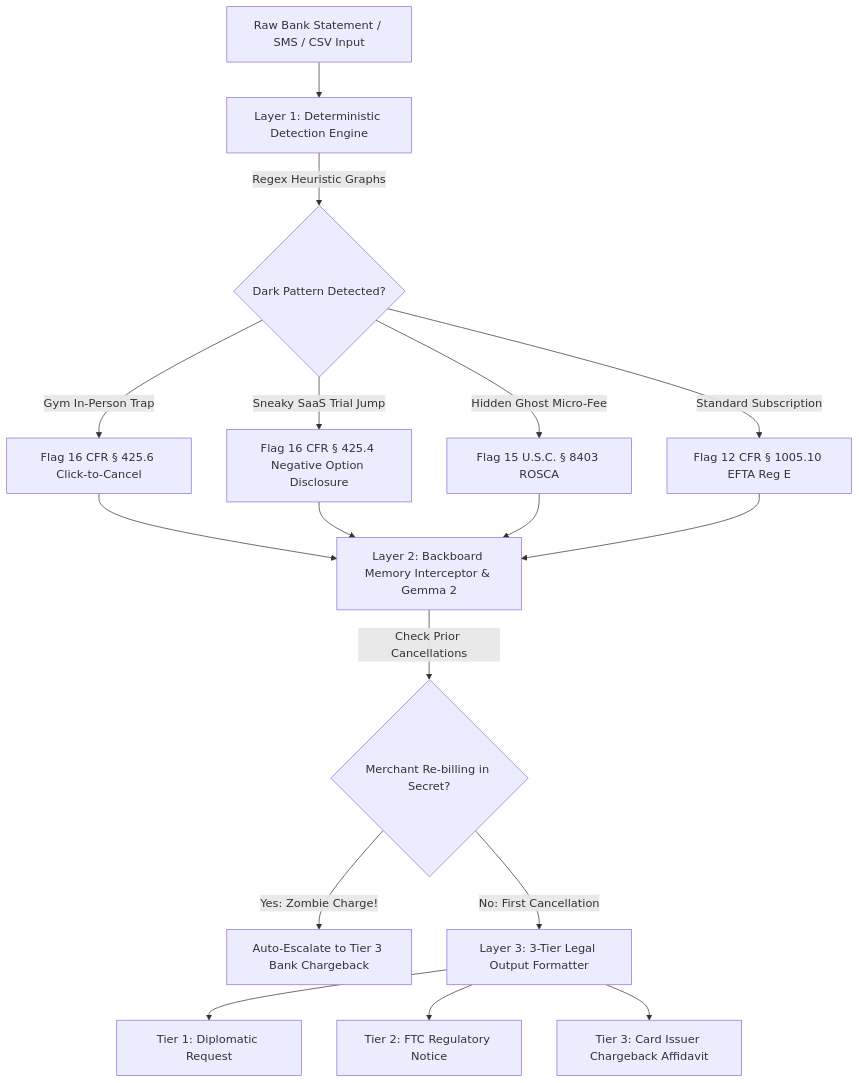
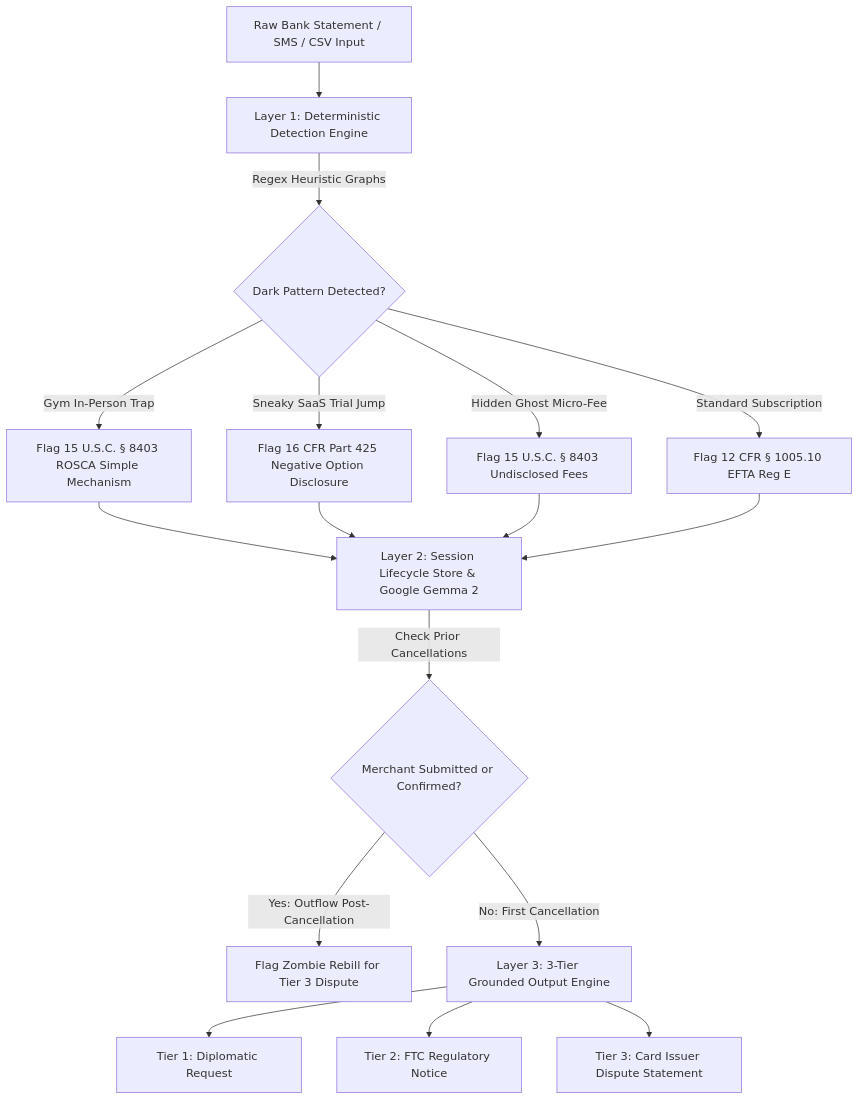
One commit to diusazzad/subsloth-ai changed the diagram in README.md. Above: the diagram before and after it, drawn with Mermaid. The commit also changed other lines of this file and 7 other files, not shown here.

Commit message:
fix: ground statutory citations, embed Gemma 2 narrative in drafts, and implement session-scoped lifecycle

````diff
--- a/README.md
+++ b/README.md
@@ -46,16 +45,16 @@
 ```mermaid
 flowchart TD
     A[Raw Bank Statement / SMS / CSV Input] --> B[Layer 1: Deterministic Detection Engine]
     B -->|Regex Heuristic Graphs| C{Dark Pattern Detected?}
-    C -->|Gym In-Person Trap| D[Flag 16 CFR § 425.6 Click-to-Cancel]
-    C -->|Sneaky SaaS Trial Jump| E[Flag 16 CFR § 425.4 Negative Option Disclosure]
-    C -->|Hidden Ghost Micro-Fee| F[Flag 15 U.S.C. § 8403 ROSCA]
+    C -->|Gym In-Person Trap| D[Flag 15 U.S.C. § 8403 ROSCA Simple Mechanism]
+    C -->|Sneaky SaaS Trial Jump| E[Flag 16 CFR Part 425 Negative Option Disclosure]
+    C -->|Hidden Ghost Micro-Fee| F[Flag 15 U.S.C. § 8403 Undisclosed Fees]
     C -->|Standard Subscription| G[Flag 12 CFR § 1005.10 EFTA Reg E]
-    D & E & F & G --> H[Layer 2: Backboard Memory Interceptor & Gemma 2]
-    H -->|Check Prior Cancellations| I{Merchant Re-billing in Secret?}
-    I -->|Yes: Zombie Charge!| J[Auto-Escalate to Tier 3 Bank Chargeback]
-    I -->|No: First Cancellation| K[Layer 3: 3-Tier Legal Output Formatter]
+    D & E & F & G --> H[Layer 2: Session Lifecycle Store & Google Gemma 2]
+    H -->|Check Prior Cancellations| I{Merchant Submitted or Confirmed?}
+    I -->|Yes: Outflow Post-Cancellation| J[Flag Zombie Rebill for Tier 3 Dispute]
+    I -->|No: First Cancellation| K[Layer 3: 3-Tier Grounded Output Engine]
     K --> L[Tier 1: Diplomatic Request]
     K --> M[Tier 2: FTC Regulatory Notice]
-    K --> N[Tier 3: Card Issuer Chargeback Affidavit]
+    K --> N[Tier 3: Card Issuer Dispute Statement]
 ```
````
